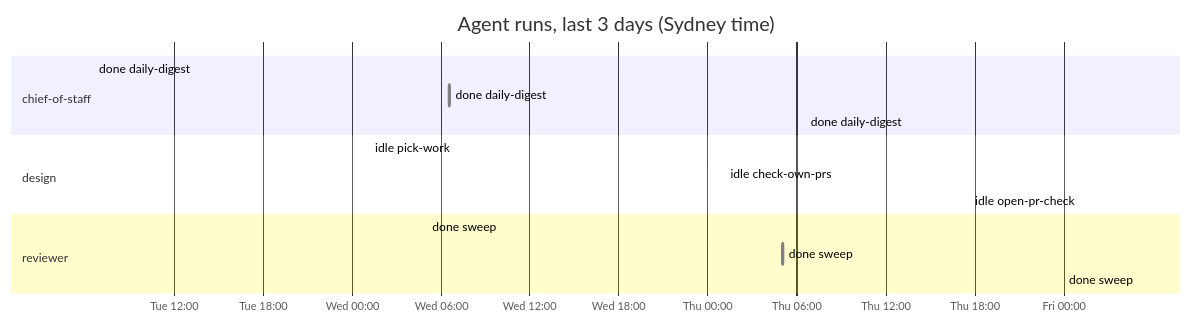
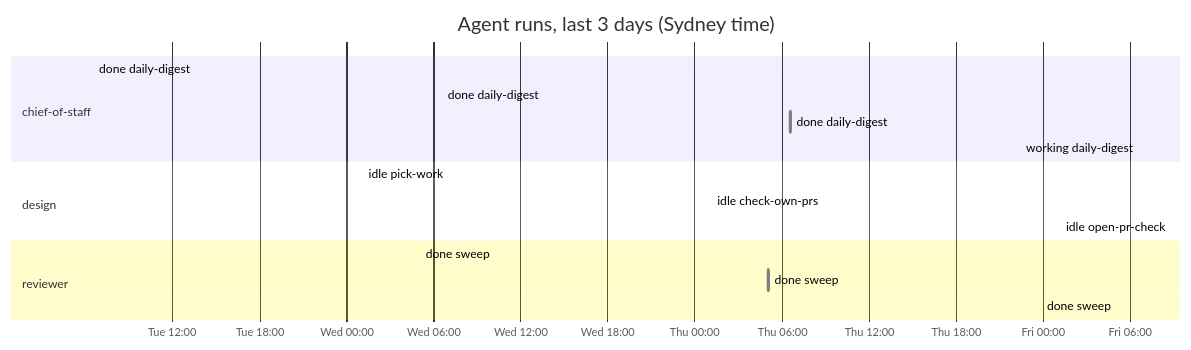
The diagram in dashboard.md (roulmediateam-byte/fifteen-expert-hq), drawn with Mermaid before and after one commit. The commit also changed other lines of this file and 1 other file, not shown here.

````diff
--- a/dashboard.md
+++ b/dashboard.md
@@ -46,18 +46,19 @@
 ```mermaid
 gantt
     title Agent runs, last 3 days (Sydney time)
     dateFormat YYYY-MM-DD HH:mm
     axisFormat %a %H:%M
     section chief-of-staff
     done daily-digest :done, 2026-11-17 06:35, 2026-11-17 06:36
     done daily-digest :done, 2026-11-18 06:35, 2026-11-18 06:36
     done daily-digest :done, 2026-11-19 06:35, 2026-11-19 06:36
+    working daily-digest :active, 2026-11-20 06:35, 2026-11-20 06:35
     section design
     idle pick-work :done, 2026-11-18 01:11, 2026-11-18 01:11
     idle check-own-prs :done, 2026-11-19 01:10, 2026-11-19 01:11
     idle open-pr-check :done, 2026-11-20 01:10, 2026-11-20 01:11
     section reviewer
     done sweep :done, 2026-11-18 05:04, 2026-11-18 05:05
     done sweep :done, 2026-11-19 05:04, 2026-11-19 05:05
     done sweep :done, 2026-11-20 05:05, 2026-11-20 05:05
 ```
````
